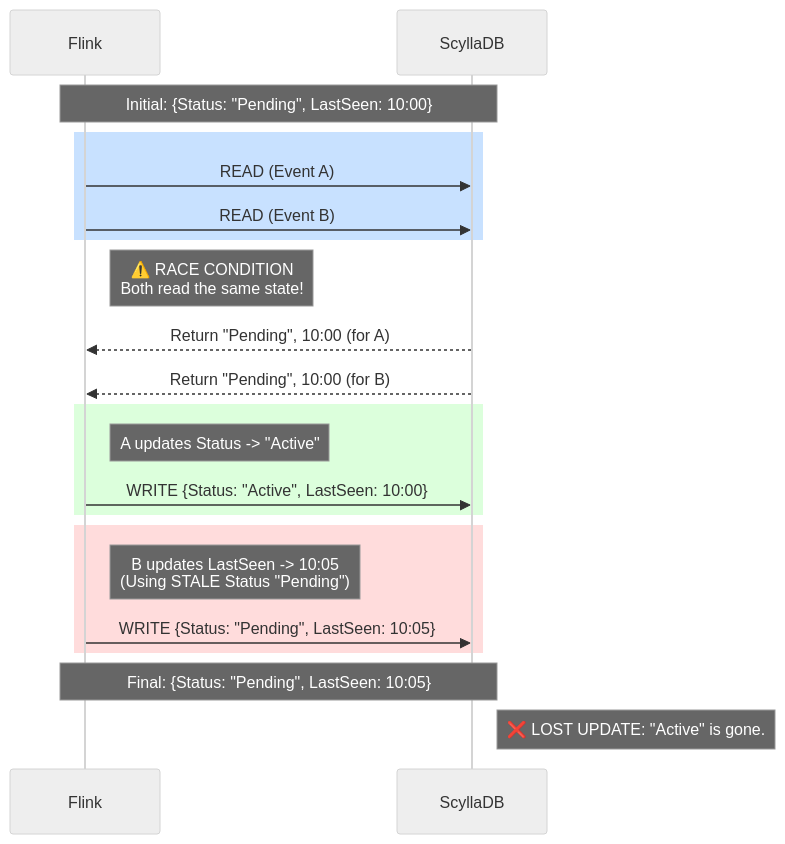
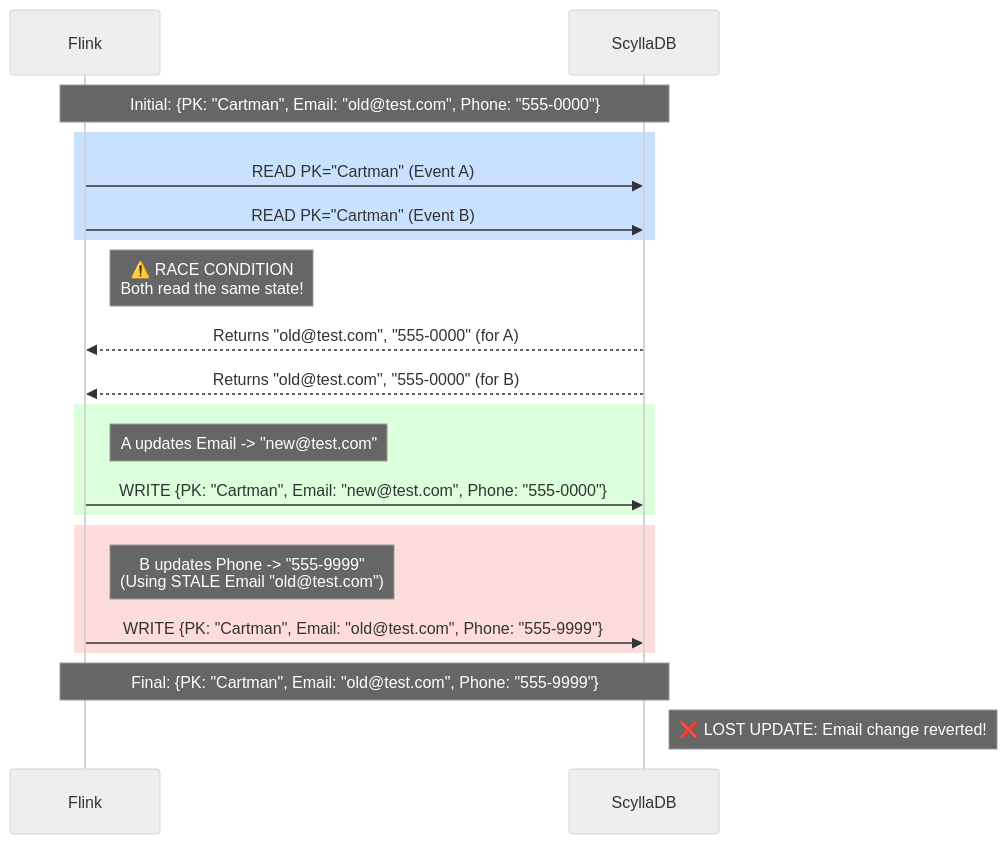
Before and after one commit to scaars10/scaars10.github.io: the first of 2 diagrams in posts/stateful-async.md, drawn with Mermaid (neutral theme).

Commit message:
diagram update

````diff
--- a/posts/stateful-async.md
+++ b/posts/stateful-async.md
@@ -32,30 +32,30 @@
 ```mermaid
 sequenceDiagram
     participant Flink
     participant DB as ScyllaDB
     
-    Note over Flink, DB: Initial: {Status: "Pending", LastSeen: 10:00}
+    Note over Flink, DB: Initial: {PK: "Cartman", Email: "old@test.com", Phone: "555-0000"}
     
     rect rgb(200, 225, 255)
-    Flink->>DB: READ (Event A)
-    Flink->>DB: READ (Event B)
+    Flink->>DB: READ PK="Cartman" (Event A)
+    Flink->>DB: READ PK="Cartman" (Event B)
     end
     
     Note right of Flink: ⚠️ RACE CONDITION<br/>Both read the same state!
     
-    DB-->>Flink: Return "Pending", 10:00 (for A)
-    DB-->>Flink: Return "Pending", 10:00 (for B)
+    DB-->>Flink: Returns "old@test.com", "555-0000" (for A)
+    DB-->>Flink: Returns "old@test.com", "555-0000" (for B)
     
     rect rgb(220, 255, 220)
-    Note right of Flink: A updates Status -> "Active"
-    Flink->>DB: WRITE {Status: "Active", LastSeen: 10:00}
+    Note right of Flink: A updates Email -> "new@test.com"
+    Flink->>DB: WRITE {PK: "Cartman", Email: "new@test.com", Phone: "555-0000"}
     end
     
     rect rgb(255, 220, 220)
-    Note right of Flink: B updates LastSeen -> 10:05<br/>(Using STALE Status "Pending")
-    Flink->>DB: WRITE {Status: "Pending", LastSeen: 10:05}
+    Note right of Flink: B updates Phone -> "555-9999"<br/>(Using STALE Email "old@test.com")
+    Flink->>DB: WRITE {PK: "Cartman", Email: "old@test.com", Phone: "555-9999"}
     end
     
-    Note over Flink, DB: Final: {Status: "Pending", LastSeen: 10:05}
-    Note right of DB: ❌ LOST UPDATE: "Active" is gone.
+    Note over Flink, DB: Final: {PK: "Cartman", Email: "old@test.com", Phone: "555-9999"}
+    Note right of DB: ❌ LOST UPDATE: Email change reverted!
 ```
````
